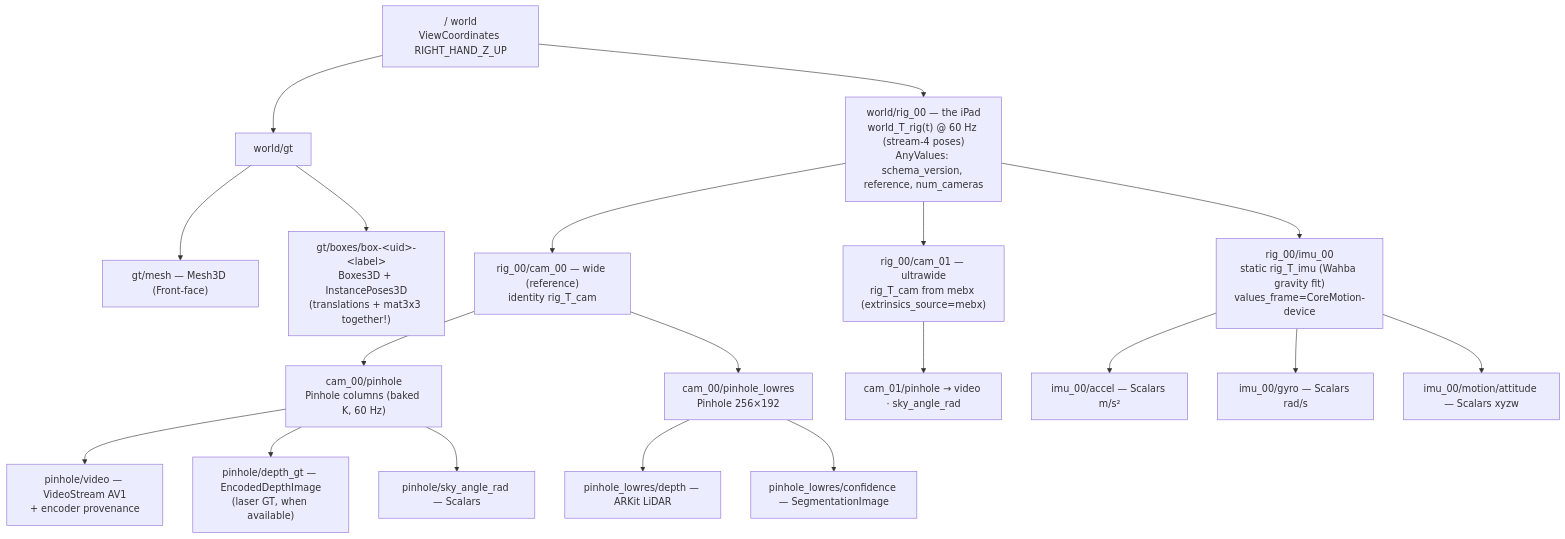
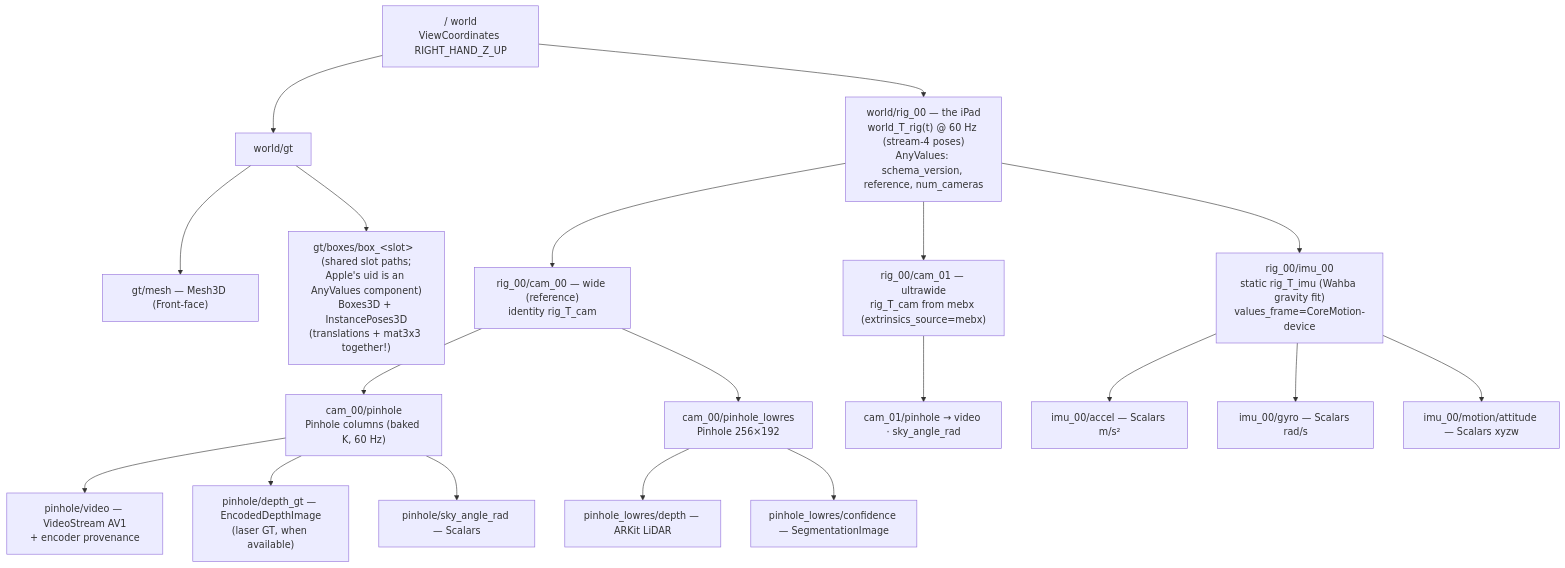
Before and after one commit to rerun-io/examples-monorepo: the fourth of 5 diagrams in packages/arkitscenes-download/docs/architecture.md, drawn with Mermaid. The commit also changed other lines of this file and 21 other files, not shown here.

First line of the commit message:
ARKitScenes full-corpus pipeline: Modal conversion, gt schema-width fix, hardened catalog registration (#80)

````diff
--- a/packages/arkitscenes-download/docs/architecture.md
+++ b/packages/arkitscenes-download/docs/architecture.md
@@ -166,22 +168,22 @@
 ```mermaid
 flowchart TD
     ROOT["/ world<br>ViewCoordinates RIGHT_HAND_Z_UP"]
     ROOT --> GT["world/gt"]
     GT --> MESH["gt/mesh — Mesh3D (Front-face)"]
-    GT --> BOXES["gt/boxes/box-&lt;uid&gt;-&lt;label&gt;<br>Boxes3D + InstancePoses3D<br>(translations + mat3x3 together!)"]
+    GT --> BOXES["gt/boxes/box_&lt;slot&gt;  (shared slot paths;<br>Apple's uid is an AnyValues component)<br>Boxes3D + InstancePoses3D<br>(translations + mat3x3 together!)"]
     ROOT --> RIG["world/rig_00 — the iPad<br>world_T_rig(t) @ 60 Hz (stream-4 poses)<br>AnyValues: schema_version, reference, num_cameras"]
     RIG --> CAM0["rig_00/cam_00 — wide (reference)<br>identity rig_T_cam"]
     CAM0 --> PIN0["cam_00/pinhole<br>Pinhole columns (baked K, 60 Hz)"]
     PIN0 --> VID0["pinhole/video — VideoStream AV1<br>+ encoder provenance"]
     PIN0 --> DGT0["pinhole/depth_gt — EncodedDepthImage<br>(laser GT, when available)"]
     PIN0 --> SKY0["pinhole/sky_angle_rad — Scalars"]
     CAM0 --> PINL["cam_00/pinhole_lowres<br>Pinhole 256×192"]
     PINL --> DAR["pinhole_lowres/depth — ARKit LiDAR"]
     PINL --> CONF["pinhole_lowres/confidence — SegmentationImage"]
     RIG --> CAM1["rig_00/cam_01 — ultrawide<br>rig_T_cam from mebx (extrinsics_source=mebx)"]
     CAM1 --> PIN1["cam_01/pinhole → video · sky_angle_rad"]
     RIG --> IMU0["rig_00/imu_00<br>static rig_T_imu (Wahba gravity fit)<br>values_frame=CoreMotion-device"]
     IMU0 --> ACC["imu_00/accel — Scalars m/s²"]
     IMU0 --> GYR["imu_00/gyro — Scalars rad/s"]
     IMU0 --> ATT["imu_00/motion/attitude — Scalars xyzw"]
 ```
````
